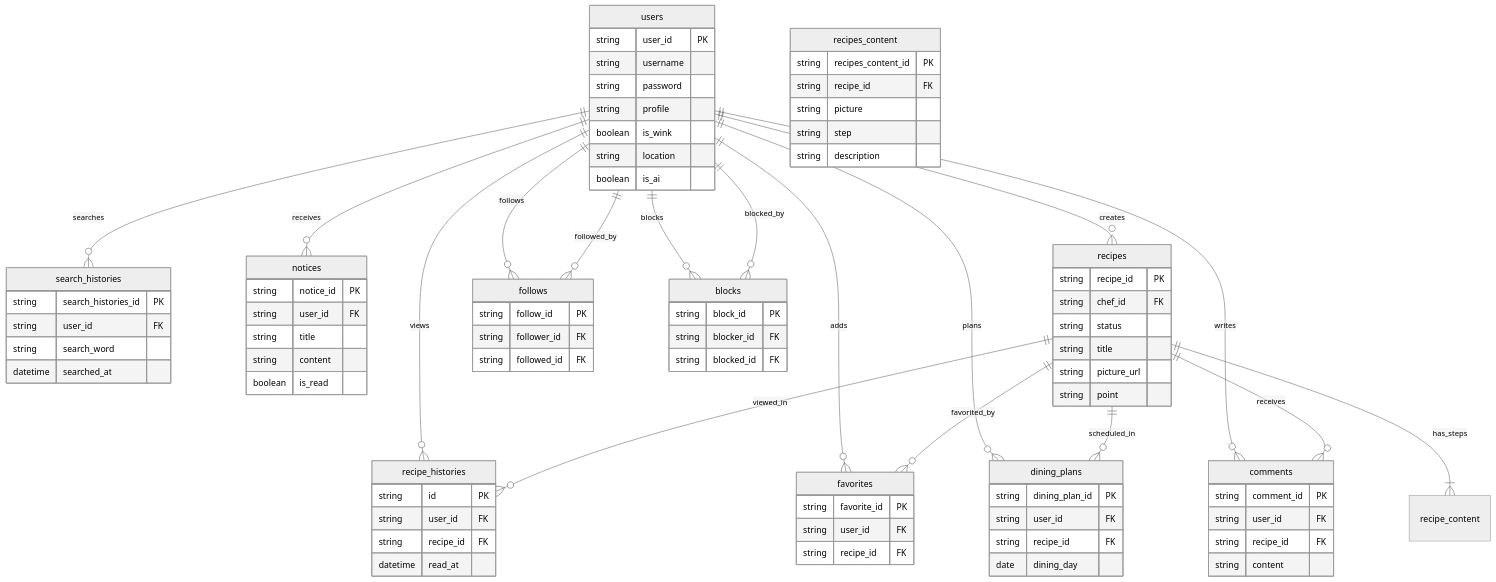
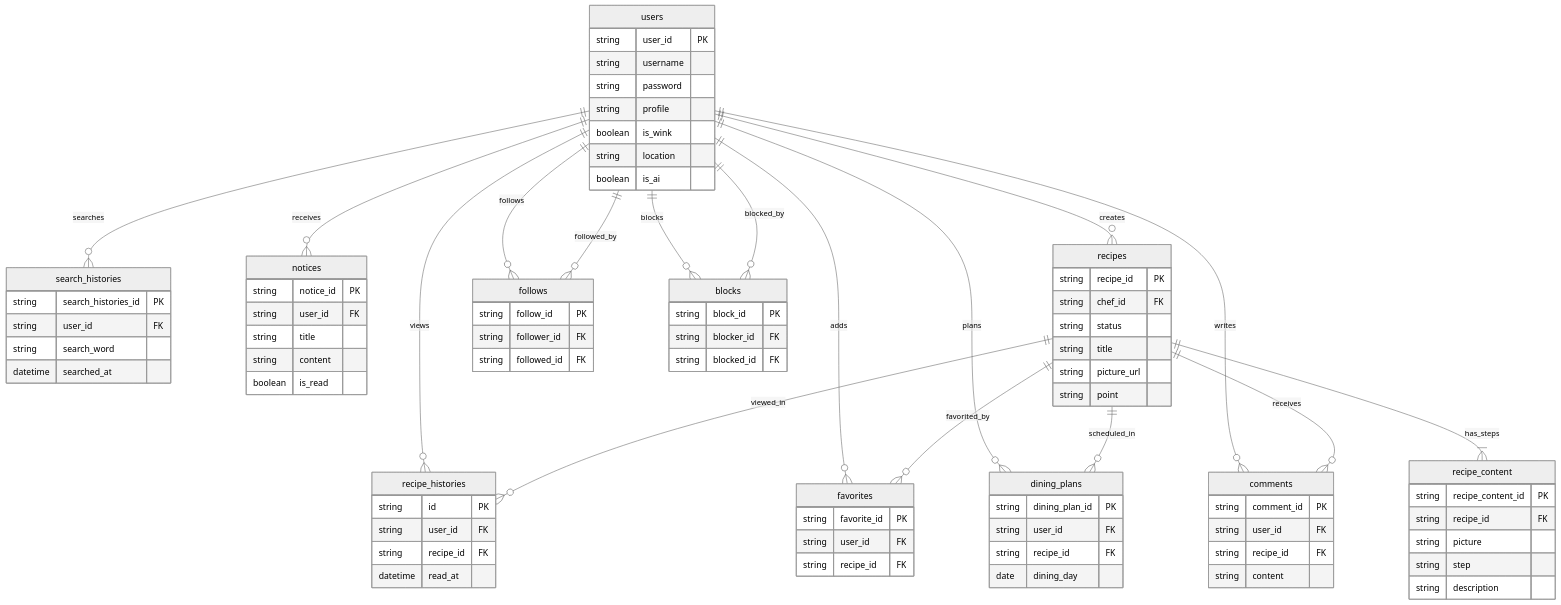
The diagram in docs/database.md (ko-tarou/JPHACKS2025), drawn with Mermaid (neutral theme) before and after one commit.

Commit message:
fix スペルミス修正

```diff
--- a/docs/database.md
+++ b/docs/database.md
@@ -38,8 +38,8 @@
     string picture_url
     string point
   }
-  recipes_content {
-    string recipes_content_id PK
+  recipe_content {
+    string recipe_content_id PK
     string recipe_id FK
     string picture
     string step
```
